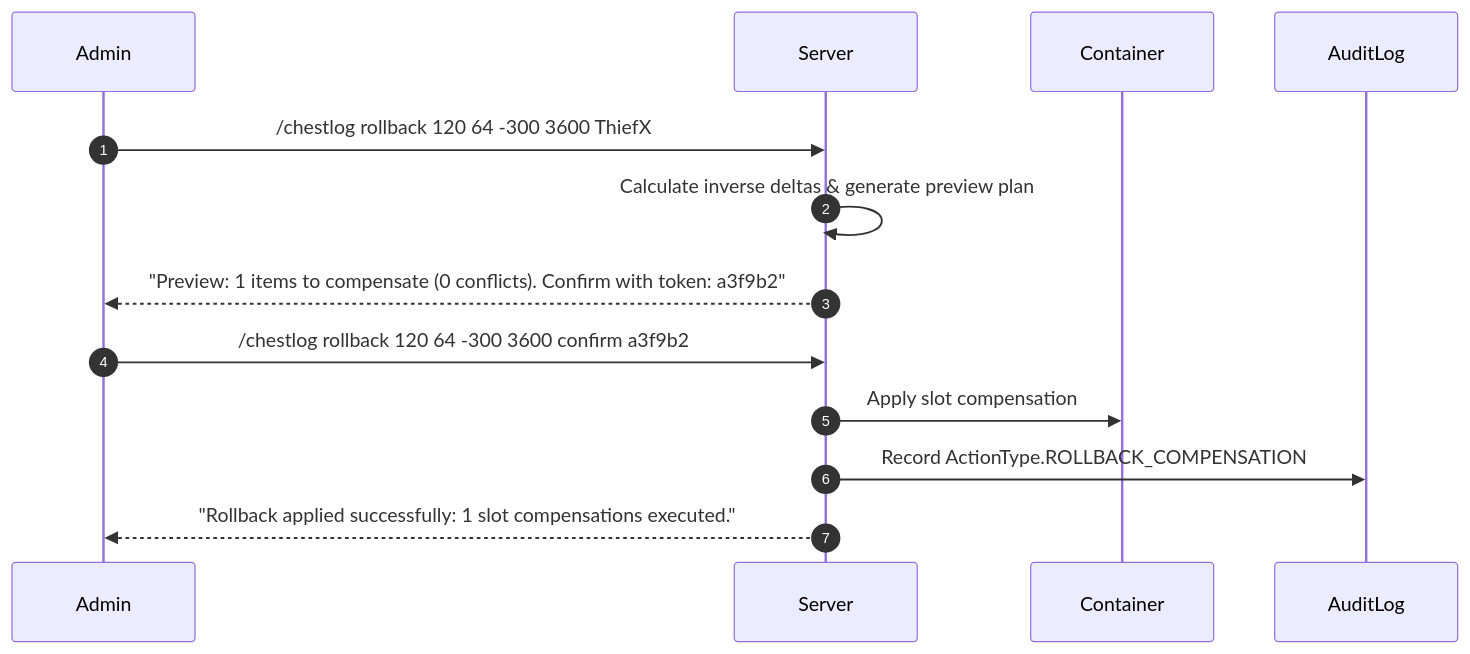
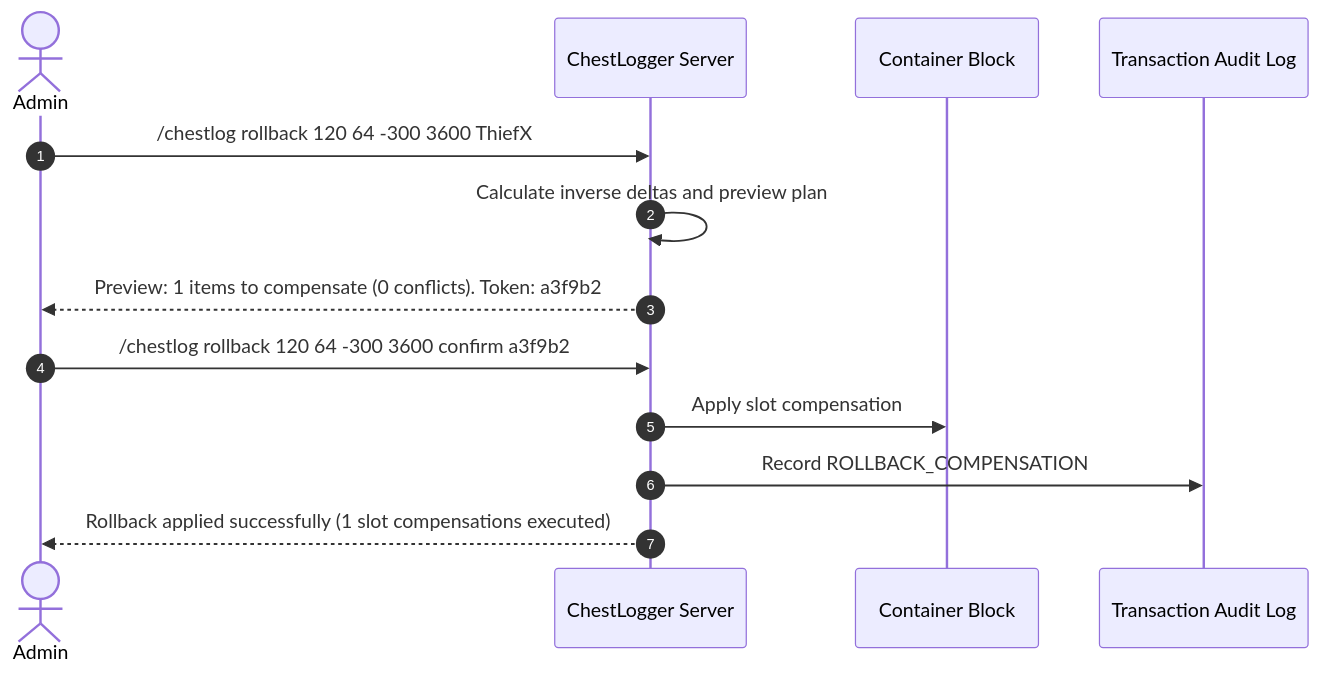
The third of 3 diagrams in docs/MODERATOR_GUIDE.md (Sayanthegamer/Chestlogger-mod), drawn with Mermaid before and after one commit. The commit also changed other lines of this file and 2 other files, not shown here.

Commit message:
docs: add user-friendly player guide and fix GitHub mermaid diagrams

````diff
--- a/docs/MODERATOR_GUIDE.md
+++ b/docs/MODERATOR_GUIDE.md
@@ -321,11 +321,16 @@
 ```mermaid
 sequenceDiagram
     autonumber
+    actor Admin as Admin
+    participant Server as ChestLogger Server
+    participant Chest as Container Block
+    participant Audit as Transaction Audit Log
+
     Admin->>Server: /chestlog rollback 120 64 -300 3600 ThiefX
-    Server->>Server: Calculate inverse deltas & generate preview plan
-    Server-->>Admin: "Preview: 1 items to compensate (0 conflicts). Confirm with token: a3f9b2"
+    Server->>Server: Calculate inverse deltas and preview plan
+    Server-->>Admin: Preview: 1 items to compensate (0 conflicts). Token: a3f9b2
     Admin->>Server: /chestlog rollback 120 64 -300 3600 confirm a3f9b2
-    Server->>Container: Apply slot compensation
-    Server->>AuditLog: Record ActionType.ROLLBACK_COMPENSATION
-    Server-->>Admin: "Rollback applied successfully: 1 slot compensations executed."
+    Server->>Chest: Apply slot compensation
+    Server->>Audit: Record ROLLBACK_COMPENSATION
+    Server-->>Admin: Rollback applied successfully (1 slot compensations executed)
 ```
````
